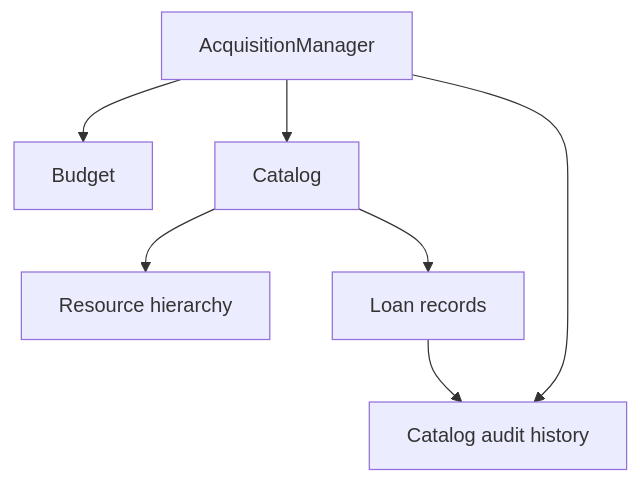
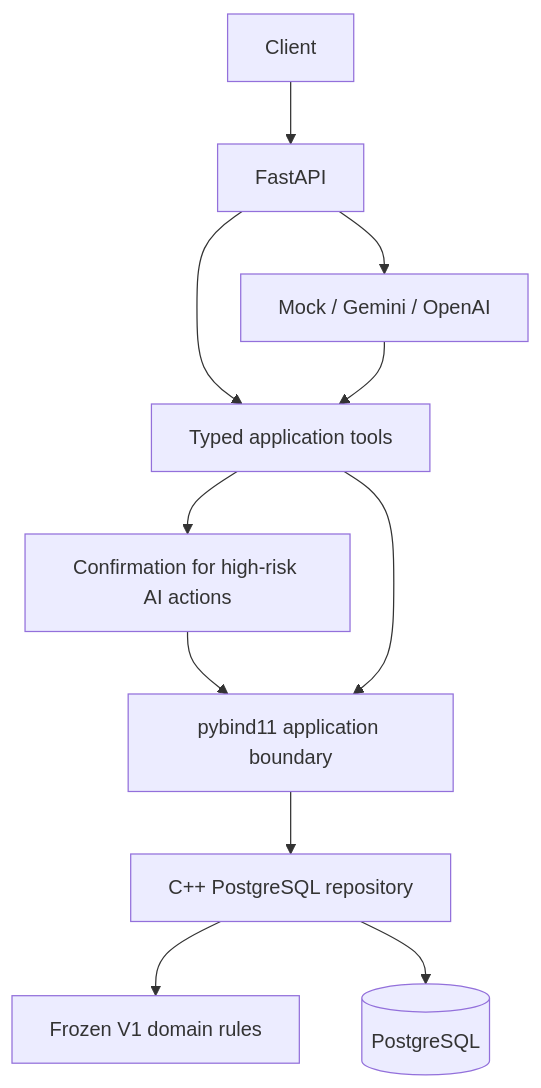
The diagram in README.md (prashantsingh5/LibraCore), drawn with Mermaid before and after one commit. The commit also changed other lines of this file and 76 other files, not shown here.

````diff
--- a/README.md
+++ b/README.md
@@ -84,9 +17,13 @@
 ```mermaid
 flowchart TD
-    A[AcquisitionManager] --> B[Budget]
-    A --> C[Catalog]
-    C --> R[Resource hierarchy]
-    C --> L[Loan records]
-    A --> H[Catalog audit history]
-    L --> H
+    C[Client] --> A[FastAPI]
+    A --> T[Typed application tools]
+    A --> L[Mock / Gemini / OpenAI]
+    L --> T
+    T --> F[Confirmation for high-risk AI actions]
+    F --> P[pybind11 application boundary]
+    T --> P
+    P --> R[C++ PostgreSQL repository]
+    R --> D[Frozen V1 domain rules]
+    R --> DB[(PostgreSQL)]
 ```
````
